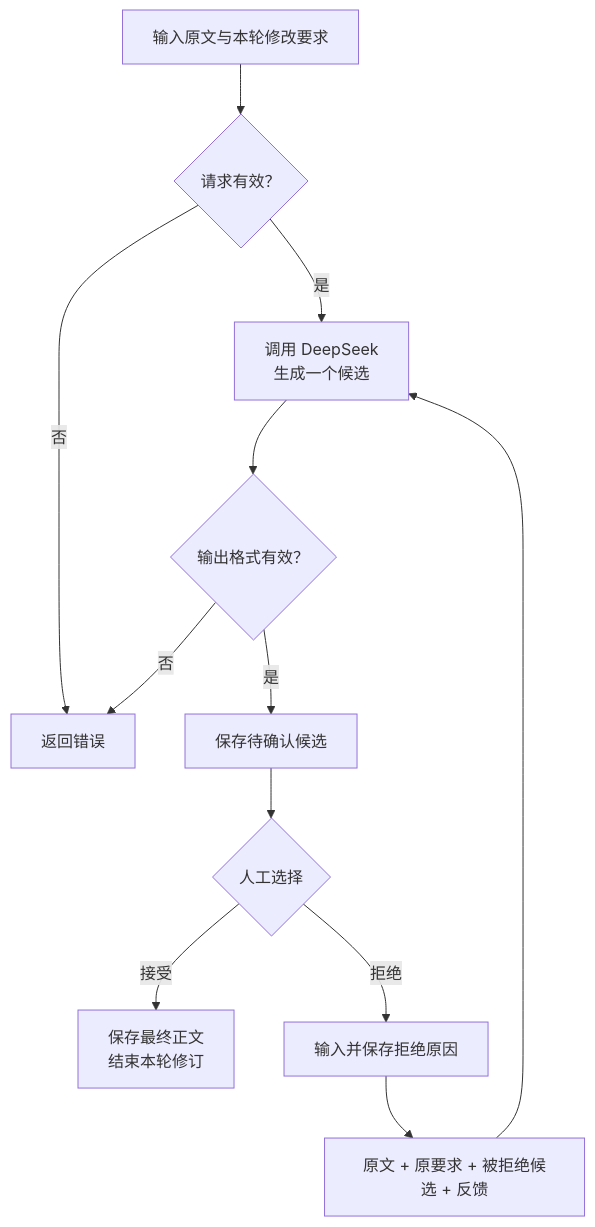
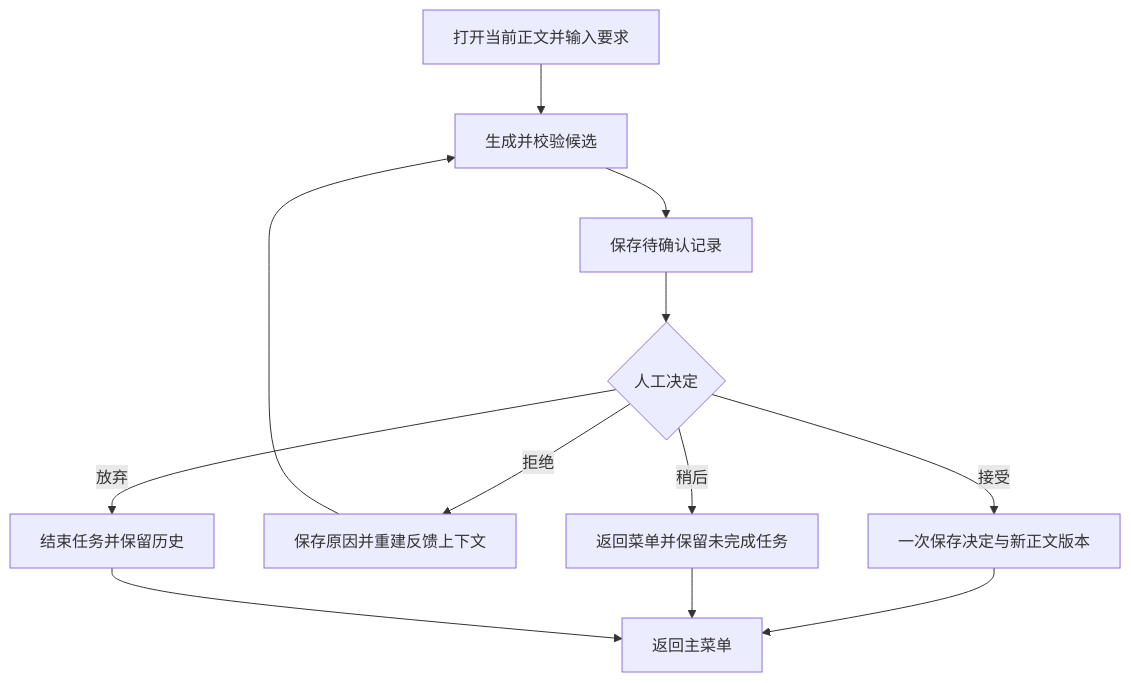
The diagram in README.md (SenTomKing/01Writing), drawn with Mermaid before and after one commit. The commit also changed other lines of this file and 23 other files, not shown here.

````diff
--- a/README.md
+++ b/README.md
@@ -22,14 +70,14 @@
 ```mermaid
 flowchart TD
-    A[输入原文与本轮修改要求] --> B{请求有效？}
-    B -- 否 --> C[返回错误]
-    B -- 是 --> D[调用 DeepSeek<br/>生成一个候选]
-    D --> E{输出格式有效？}
-    E -- 否 --> C
-    E -- 是 --> F[保存待确认候选]
-    F --> G{人工选择}
-    G -- 接受 --> H[保存最终正文<br/>结束本轮修订]
-    G -- 拒绝 --> I[输入并保存拒绝原因]
-    I --> J[原文 + 原要求 + 被拒绝候选 + 反馈]
-    J --> D
+    A[打开当前正文并输入要求] --> B[生成并校验候选]
+    B --> C[保存待确认记录]
+    C --> D{人工决定}
+    D -- 接受 --> E[一次保存决定与新正文版本]
+    D -- 拒绝 --> F[保存原因并重建反馈上下文]
+    F --> B
+    D -- 稍后 --> G[返回菜单并保留未完成任务]
+    D -- 放弃 --> H[结束任务并保留历史]
+    E --> I[返回主菜单]
+    G --> I
+    H --> I
 ```
````
